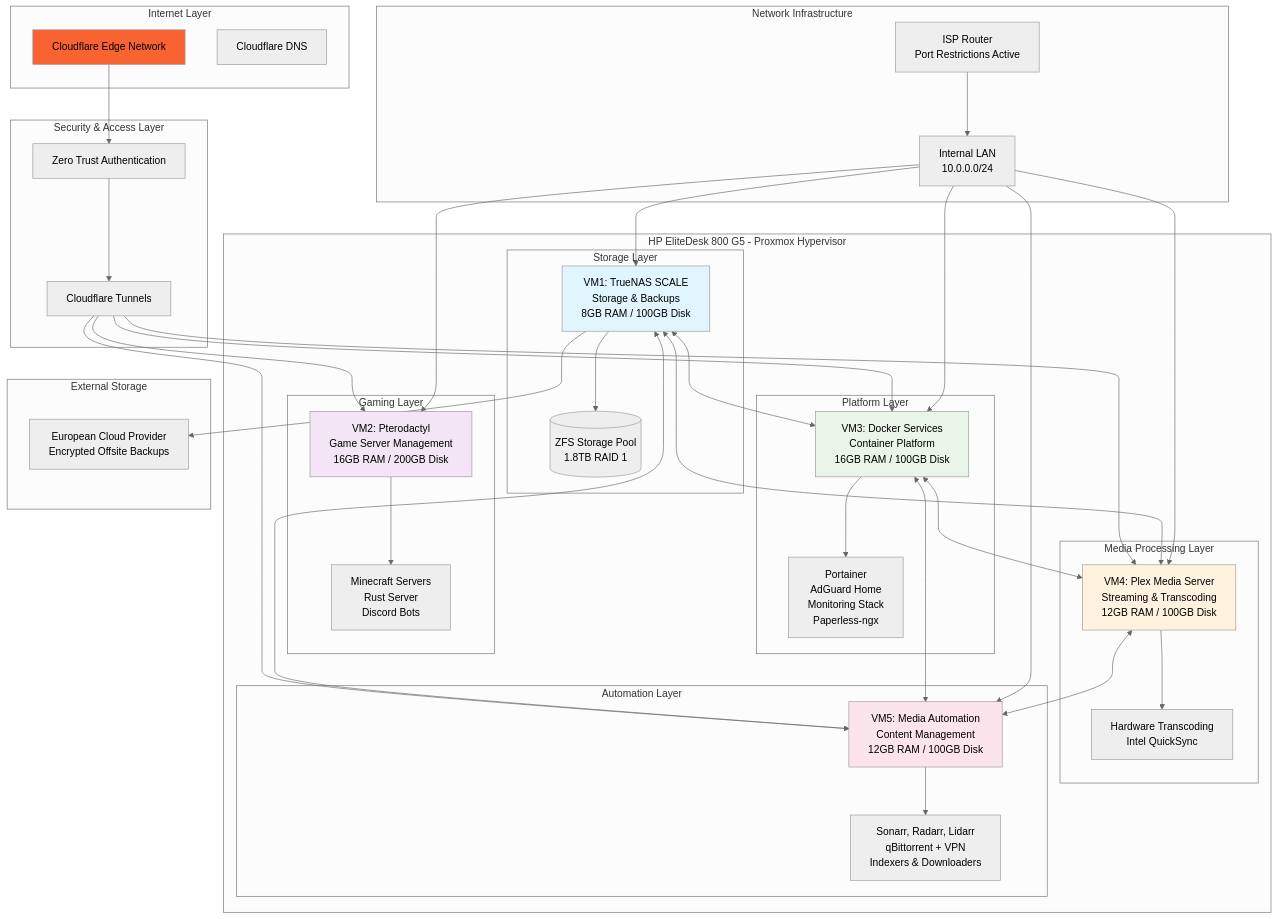
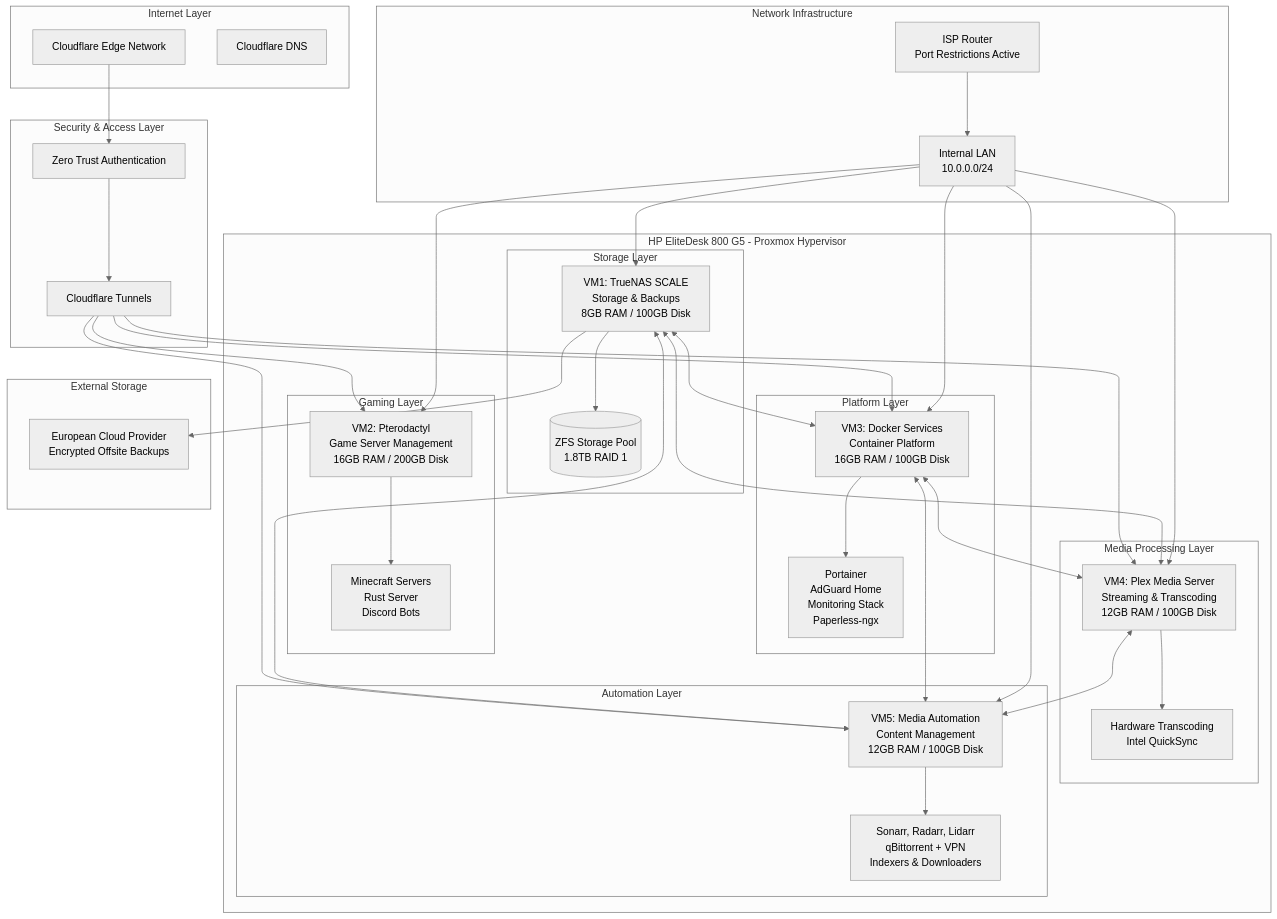
The first of 5 diagrams in docs/architecture.md (TehZombiJesus/home-lab-setup), drawn with Mermaid (neutral theme) before and after one commit.

````diff
--- a/docs/architecture.md
+++ b/docs/architecture.md
@@ -80,11 +80,4 @@
     LAN --> VM3
     LAN --> VM4
     LAN --> VM5
-    
-    style CF fill:#f96332
-    style VM1 fill:#e1f5fe
-    style VM2 fill:#f3e5f5
-    style VM3 fill:#e8f5e8
-    style VM4 fill:#fff3e0
-    style VM5 fill:#fce4ec
 ```
````
